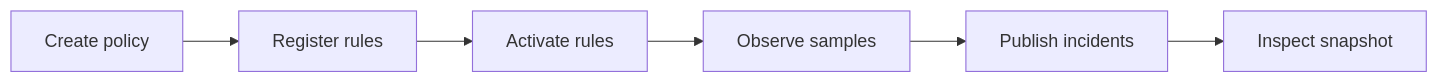
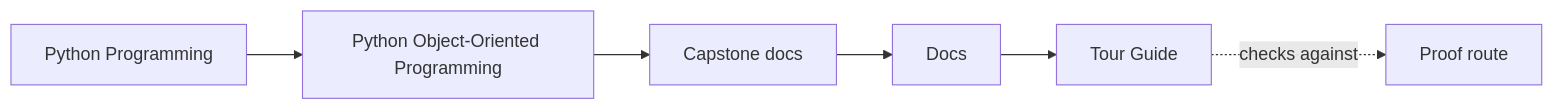
One commit to bijux/bijux-masterclass changed the first of 2 diagrams in programs/python-programming/python-object-oriented-programming/capstone/docs/tour.md. Above: the diagram before and after it, drawn with Mermaid. The commit also changed other lines of this file and 103 other files, not shown here.

Commit message:
docs(python-object-oriented-programming): map sustainment and capstone surfaces

````diff
--- a/programs/python-programming/python-object-oriented-programming/capstone/docs/tour.md
+++ b/programs/python-programming/python-object-oriented-programming/capstone/docs/tour.md
@@ -7,8 +7,12 @@
 ```mermaid
 graph LR
-  create["Create policy"] --> register["Register rules"]
-  register --> activate["Activate rules"]
-  activate --> observe["Observe samples"]
-  observe --> publish["Publish incidents"]
-  publish --> snapshot["Inspect snapshot"]
+  family["Python Programming"]
+  program["Python Object-Oriented Programming"]
+  guide["Capstone docs"]
+  section["Docs"]
+  page["Tour Guide"]
+  proof["Proof route"]
+
+  family --> program --> guide --> section --> page
+  page -.checks against.-> proof
 ```
````
